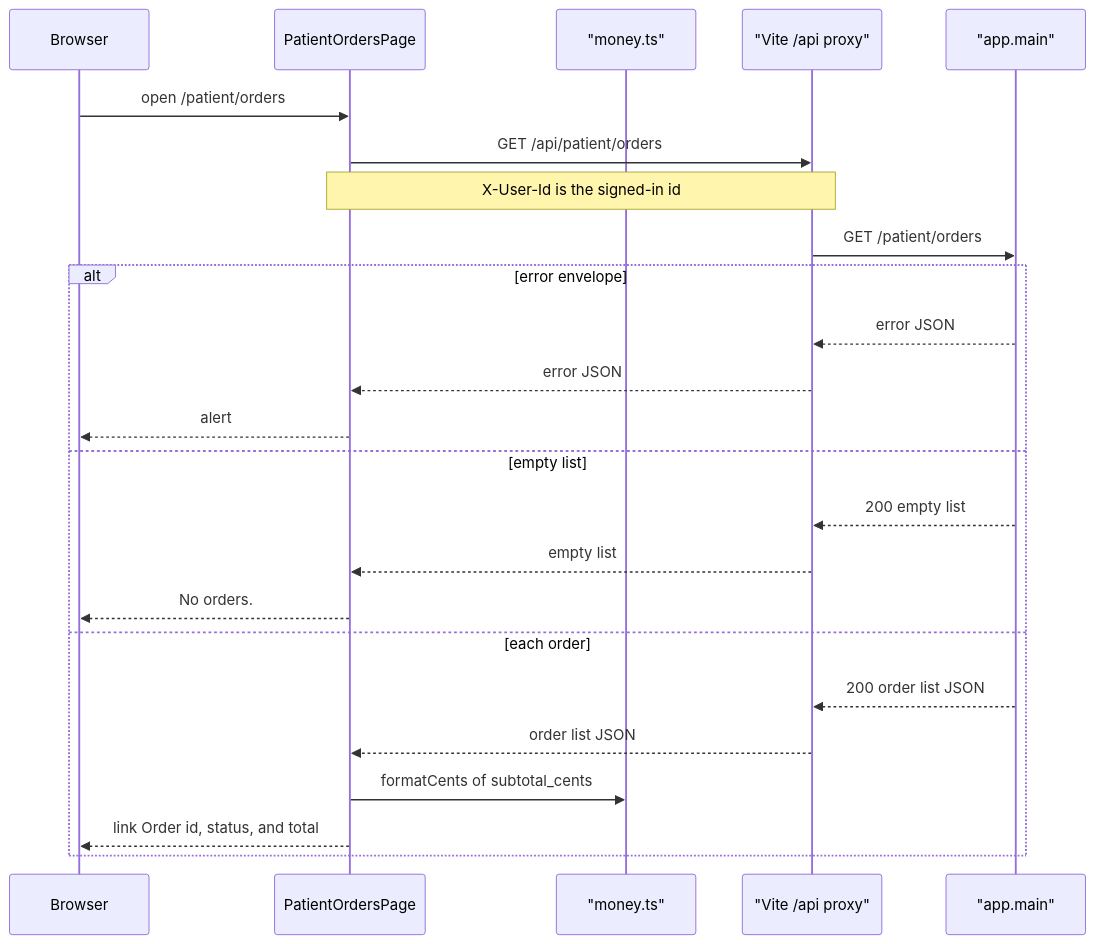
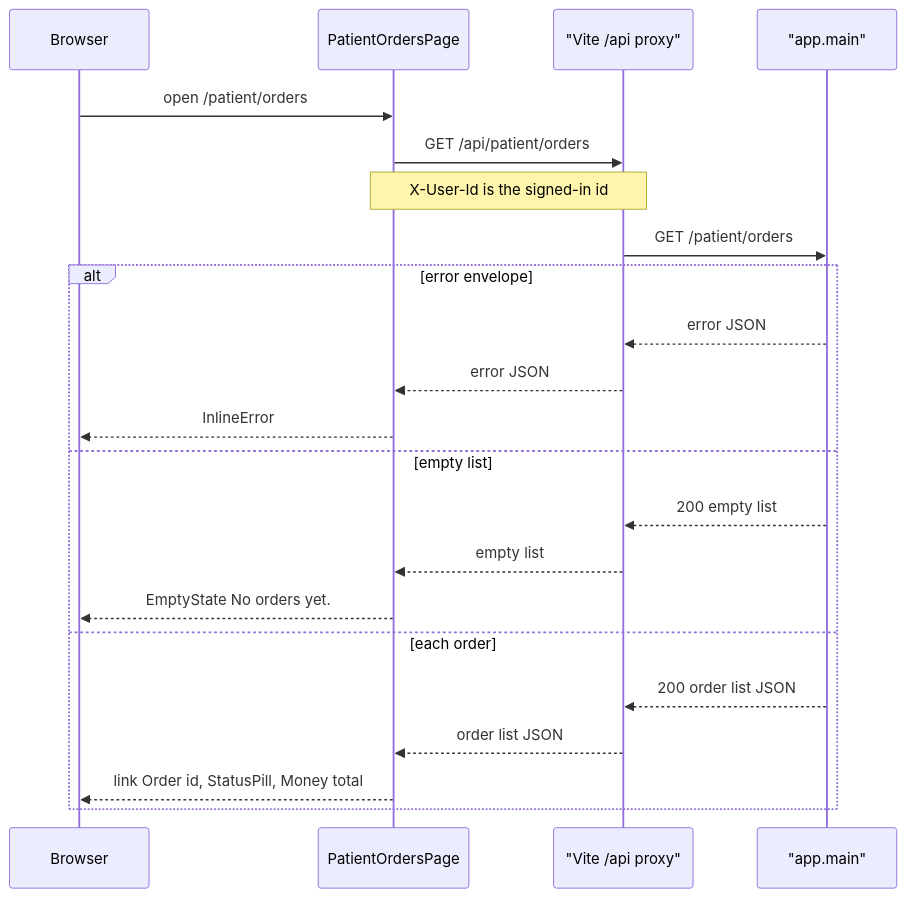
Before and after one commit to drtclem/cerbo_wk1: the sixth of 10 diagrams in docs/diagrams/flows/frontend-shell.md, drawn with Mermaid. The commit also changed other lines of this file and 26 other files, not shown here.

````diff
--- a/docs/diagrams/flows/frontend-shell.md
+++ b/docs/diagrams/flows/frontend-shell.md
@@ -274,27 +274,25 @@
 ```mermaid
 sequenceDiagram
   participant Browser
   participant Page as PatientOrdersPage
-  participant Money as "money.ts"
   participant Proxy as "Vite /api proxy"
   participant API as "app.main"
 
   Browser->>Page: open /patient/orders
   Page->>Proxy: GET /api/patient/orders
   Note over Page,Proxy: X-User-Id is the signed-in id
   Proxy->>API: GET /patient/orders
   alt error envelope
     API-->>Proxy: error JSON
     Proxy-->>Page: error JSON
-    Page-->>Browser: alert
+    Page-->>Browser: InlineError
   else empty list
     API-->>Proxy: 200 empty list
     Proxy-->>Page: empty list
-    Page-->>Browser: No orders.
+    Page-->>Browser: EmptyState No orders yet.
   else each order
     API-->>Proxy: 200 order list JSON
     Proxy-->>Page: order list JSON
-    Page->>Money: formatCents of subtotal_cents
-    Page-->>Browser: link Order id, status, and total
+    Page-->>Browser: link Order id, StatusPill, Money total
   end
 ```
````
